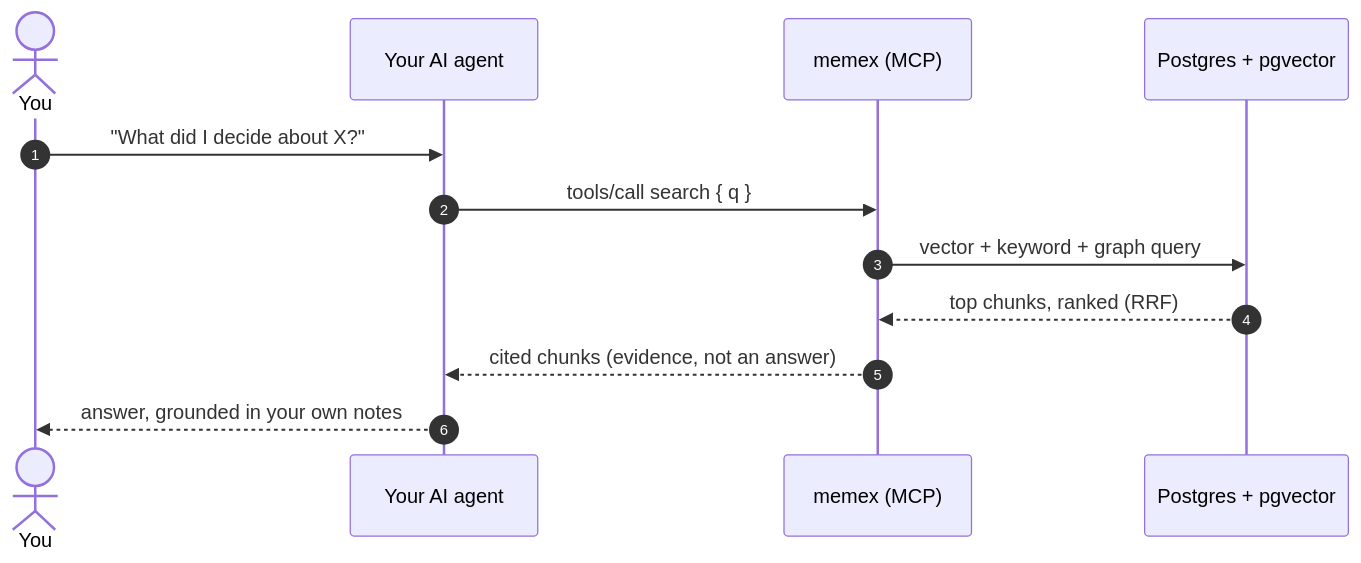
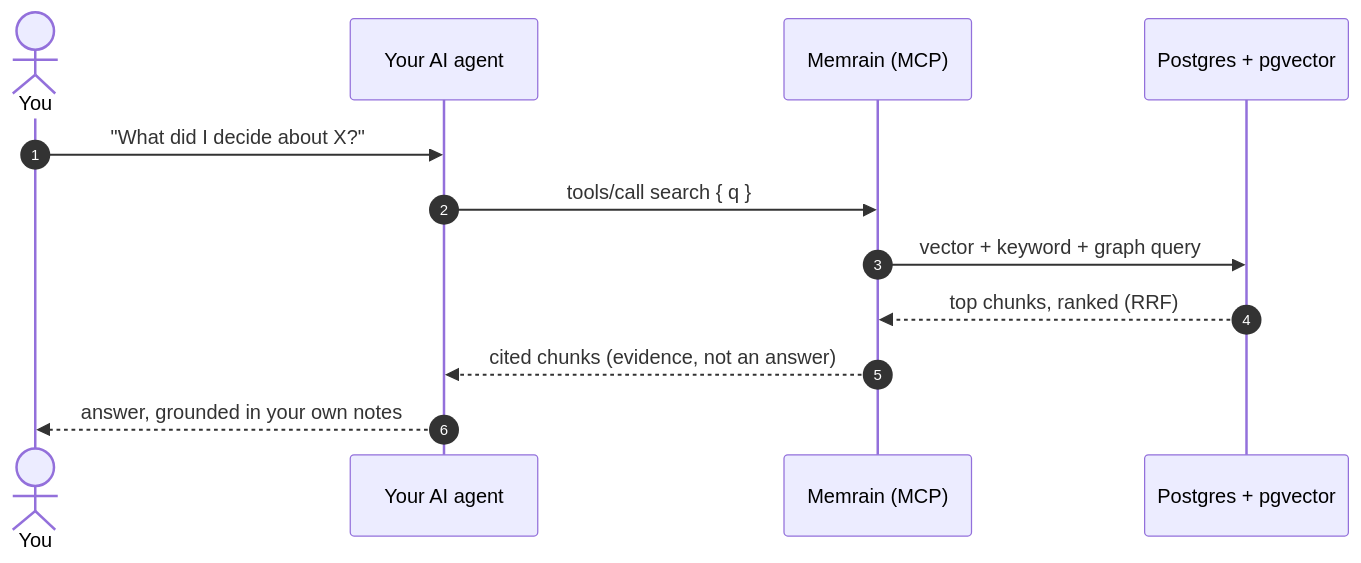
Before and after one commit to zqf20096327/dbhub_collect: the diagram in data/readmes/timurgaleev__memex.md, drawn with Mermaid. The commit also changed other lines of this file and 1757 other files, not shown here.

````diff
--- a/data/readmes/timurgaleev__memex.md
+++ b/data/readmes/timurgaleev__memex.md
@@ -101,14 +103,14 @@
 ```mermaid
 sequenceDiagram
     autonumber
     actor You
     participant Agent as Your AI agent
-    participant memex as memex (MCP)
+    participant memrain as Memrain (MCP)
     participant DB as Postgres + pgvector
     You->>Agent: "What did I decide about X?"
-    Agent->>memex: tools/call search { q }
-    memex->>DB: vector + keyword + graph query
-    DB-->>memex: top chunks, ranked (RRF)
-    memex-->>Agent: cited chunks (evidence, not an answer)
+    Agent->>memrain: tools/call search { q }
+    memrain->>DB: vector + keyword + graph query
+    DB-->>memrain: top chunks, ranked (RRF)
+    memrain-->>Agent: cited chunks (evidence, not an answer)
     Agent-->>You: answer, grounded in your own notes
 ```
````
